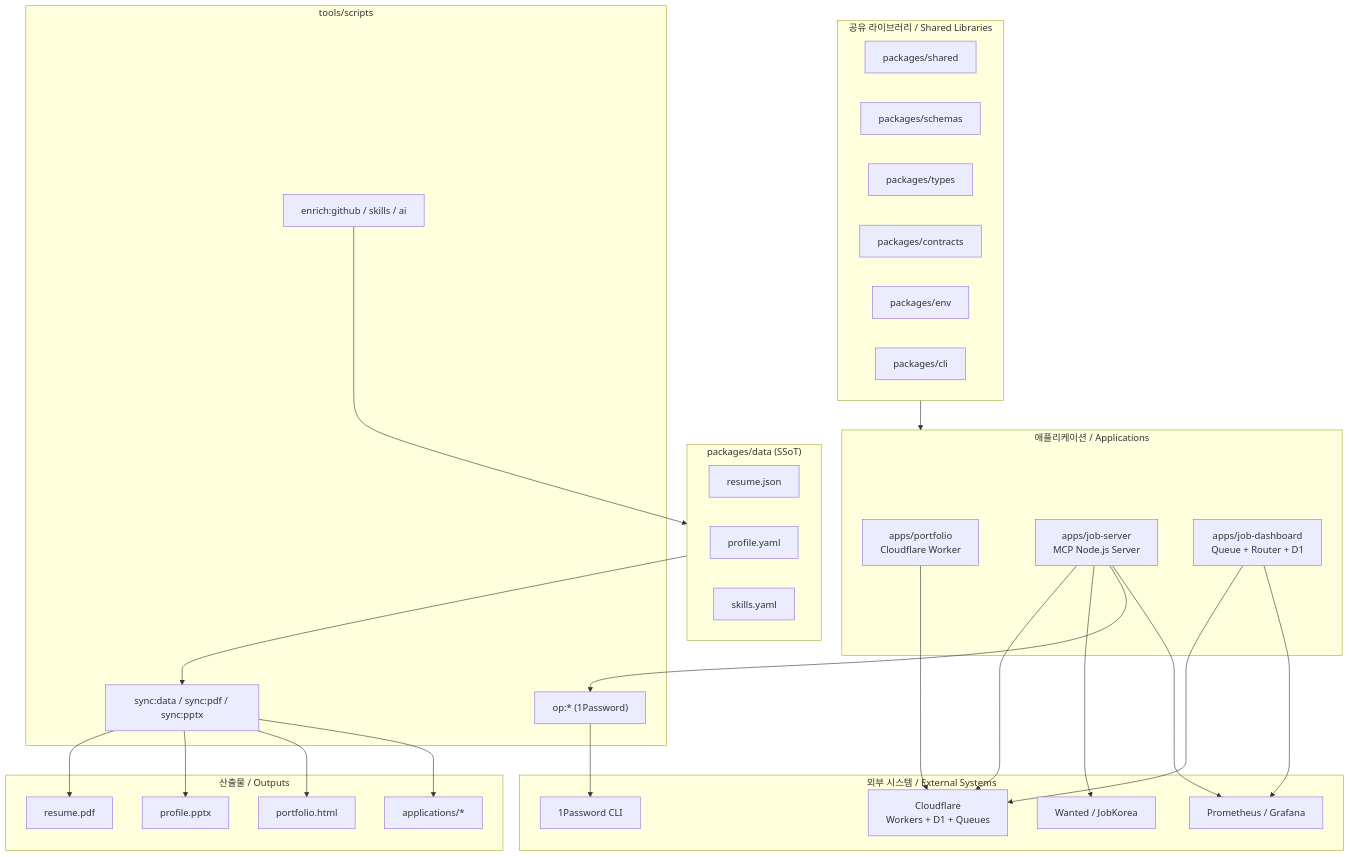
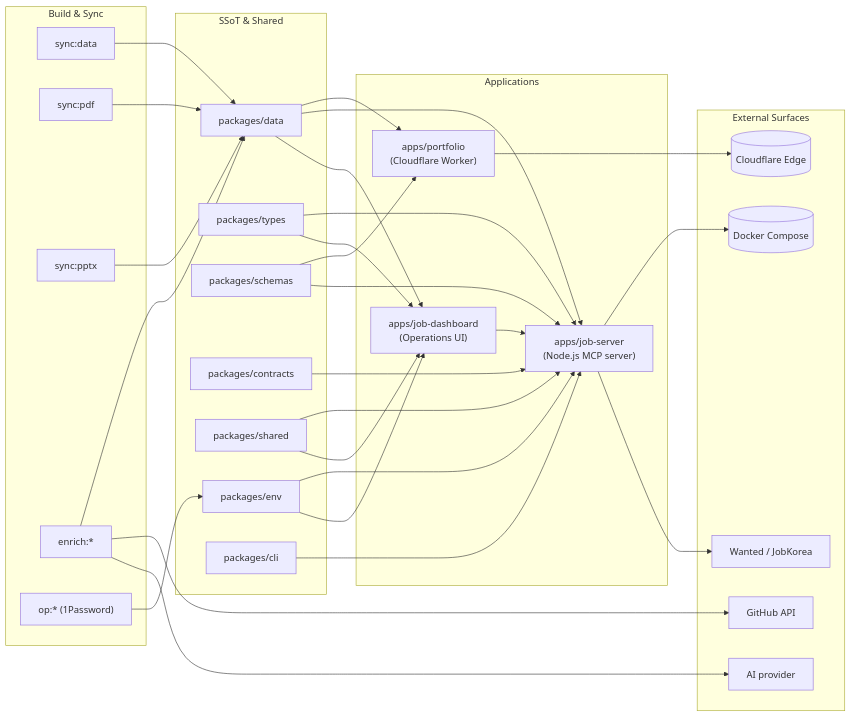
Before and after one commit to jclee941/resume: the diagram in README.md, drawn with Mermaid. The commit also changed other lines of this file, not shown here.

````diff
--- a/README.md
+++ b/README.md
@@ -74,59 +67,61 @@
 ```mermaid
-flowchart TB
-  subgraph SSoT["packages/data (SSoT)"]
-    D1["resume.json"]
-    D2["profile.yaml"]
-    D3["skills.yaml"]
+flowchart LR
+  subgraph SSoT["SSoT &amp; Shared"]
+    Data["packages/data"]
+    Types["packages/types"]
+    Schemas["packages/schemas"]
+    Contracts["packages/contracts"]
+    Shared["packages/shared"]
+    Env["packages/env"]
+    CLI["packages/cli"]
   end
 
-  subgraph SharedLibs["공유 라이브러리 / Shared Libraries"]
-    SH["packages/shared"]
-    SC["packages/schemas"]
-    TY["packages/types"]
-    CO["packages/contracts"]
-    EN["packages/env"]
-    CL["packages/cli"]
+  subgraph Apps["Applications"]
+    Portfolio["apps/portfolio<br/>(Cloudflare Worker)"]
+    JobServer["apps/job-server<br/>(Node.js MCP server)"]
+    JobDashboard["apps/job-dashboard<br/>(Operations UI)"]
   end
 
-  subgraph Apps["애플리케이션 / Applications"]
-    PF["apps/portfolio<br/>Cloudflare Worker"]
-    JS["apps/job-server<br/>MCP Node.js Server"]
-    JD["apps/job-dashboard<br/>Queue + Router + D1"]
+  subgraph Tooling["Build &amp; Sync"]
+    SyncData["sync:data"]
+    SyncPDF["sync:pdf"]
+    SyncPPTX["sync:pptx"]
+    Enrich["enrich:*"]
+    OnePwd["op:* (1Password)"]
   end
 
-  subgraph Tools["tools/scripts"]
-    SYNC["sync:data / sync:pdf / sync:pptx"]
-    OP["op:* (1Password)"]
-    ENR["enrich:github / skills / ai"]
+  subgraph External["External Surfaces"]
+    CFE[("Cloudflare Edge")]
+    Docker[("Docker Compose")]
+    Sites["Wanted / JobKorea"]
+    GH["GitHub API"]
+    LLM["AI provider"]
   end
 
-  subgraph External["외부 시스템 / External Systems"]
-    CF["Cloudflare<br/>Workers + D1 + Queues"]
-    JOB["Wanted / JobKorea"]
-    ONE["1Password CLI"]
-    OBS["Prometheus / Grafana"]
-  end
+  Data --> Portfolio
+  Data --> JobServer
+  Data --> JobDashboard
+  Schemas --> Portfolio
+  Schemas --> JobServer
+  Types --> JobServer
+  Types --> JobDashboard
+  Shared --> JobServer
+  Shared --> JobDashboard
+  Contracts --> JobServer
+  Env --> JobServer
+  Env --> JobDashboard
+  CLI --> JobServer
 
-  subgraph Outputs["산출물 / Outputs"]
-    PDF["resume.pdf"]
-    PPTX["profile.pptx"]
-    HTML["portfolio.html"]
-    APP["applications/*"]
-  end
+  SyncData --> Data
+  SyncPDF --> Data
+  SyncPPTX --> Data
+  Enrich --> Data
+  OnePwd --> Env
 
-  SSoT --> SYNC
-  SharedLibs --> Apps
-  SYNC --> PDF
-  SYNC --> PPTX
-  SYNC --> HTML
-  SYNC --> APP
-  PF --> CF
-  JS --> CF
-  JD --> CF
-  JS --> JOB
-  JS --> OP
-  OP --> ONE
-  JS --> OBS
-  JD --> OBS
-  ENR --> SSoT
+  Portfolio --> CFE
+  JobServer --> Docker
+  JobServer --> Sites
+  Enrich --> GH
+  Enrich --> LLM
+  JobDashboard --> JobServer
 ```
````
